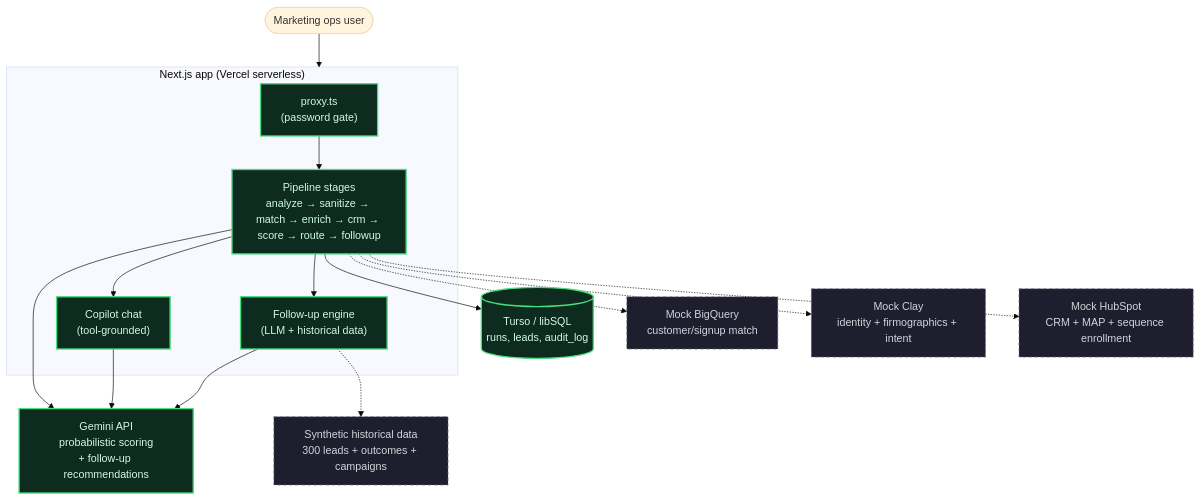
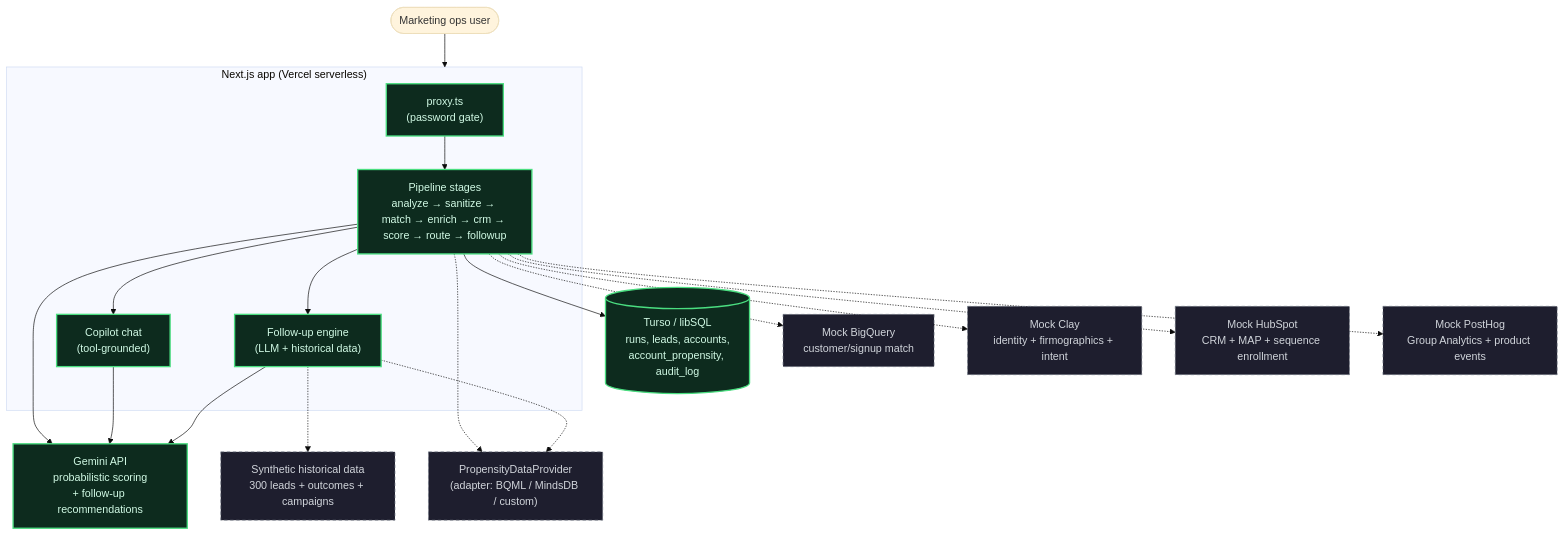
Before and after one commit to kenlim5656/rp-exercise: the diagram in README.md, drawn with Mermaid (base theme). The commit also changed other lines of this file and 20 other files, not shown here.

First line of the commit message:
v3: source-agnostic propensity & next likely purchase engine

````diff
--- a/README.md
+++ b/README.md
@@ -14,30 +16,33 @@
 ```mermaid
 flowchart TB
     User(["Marketing ops user"]) --> App
 
     subgraph App["Next.js app (Vercel serverless)"]
         Proxy["proxy.ts\n(password gate)"]
         Pipeline["Pipeline stages\nanalyze → sanitize → match → enrich → crm → score → route → followup"]
         Copilot["Copilot chat\n(tool-grounded)"]
         FollowupEngine["Follow-up engine\n(LLM + historical data)"]
     end
 
     Proxy --> Pipeline
     Pipeline --> Copilot
     Pipeline --> FollowupEngine
 
-    Pipeline --> DB[("Turso / libSQL\nruns, leads, audit_log")]
+    Pipeline --> DB[("Turso / libSQL\nruns, leads, accounts,\naccount_propensity, audit_log")]
     Pipeline --> Gemini["Gemini API\nprobabilistic scoring\n+ follow-up recommendations"]
     Copilot --> Gemini
     FollowupEngine --> Gemini
 
     Pipeline -.-> BQ["Mock BigQuery\ncustomer/signup match"]
     Pipeline -.-> Clay["Mock Clay\nidentity + firmographics + intent"]
     Pipeline -.-> HS["Mock HubSpot\nCRM + MAP + sequence enrollment"]
+    Pipeline -.-> PH["Mock PostHog\nGroup Analytics + product events"]
+    Pipeline -.-> Propensity["PropensityDataProvider\n(adapter: BQML / MindsDB / custom)"]
     FollowupEngine -.-> Hist["Synthetic historical data\n300 leads + outcomes + campaigns"]
+    FollowupEngine -.-> Propensity
 
     classDef real fill:#0d2b1e,stroke:#4ade80,color:#d1fae5,stroke-width:2px;
     classDef simulated fill:#1e1e2e,stroke:#6b7280,color:#d1d5db,stroke-width:1px,stroke-dasharray:5 4;
     class DB,Gemini,Proxy,Pipeline,Copilot,FollowupEngine real;
-    class BQ,Clay,HS,Hist simulated;
+    class BQ,Clay,HS,PH,Propensity,Hist simulated;
 ```
````
